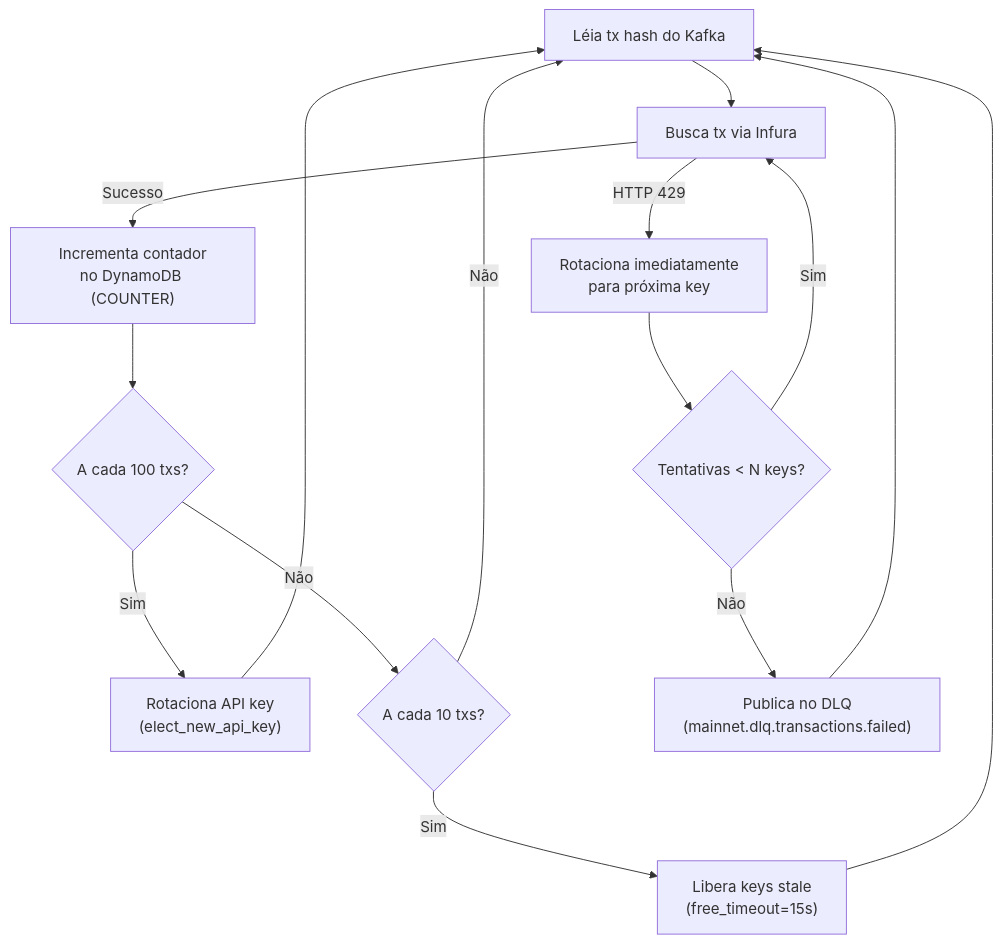
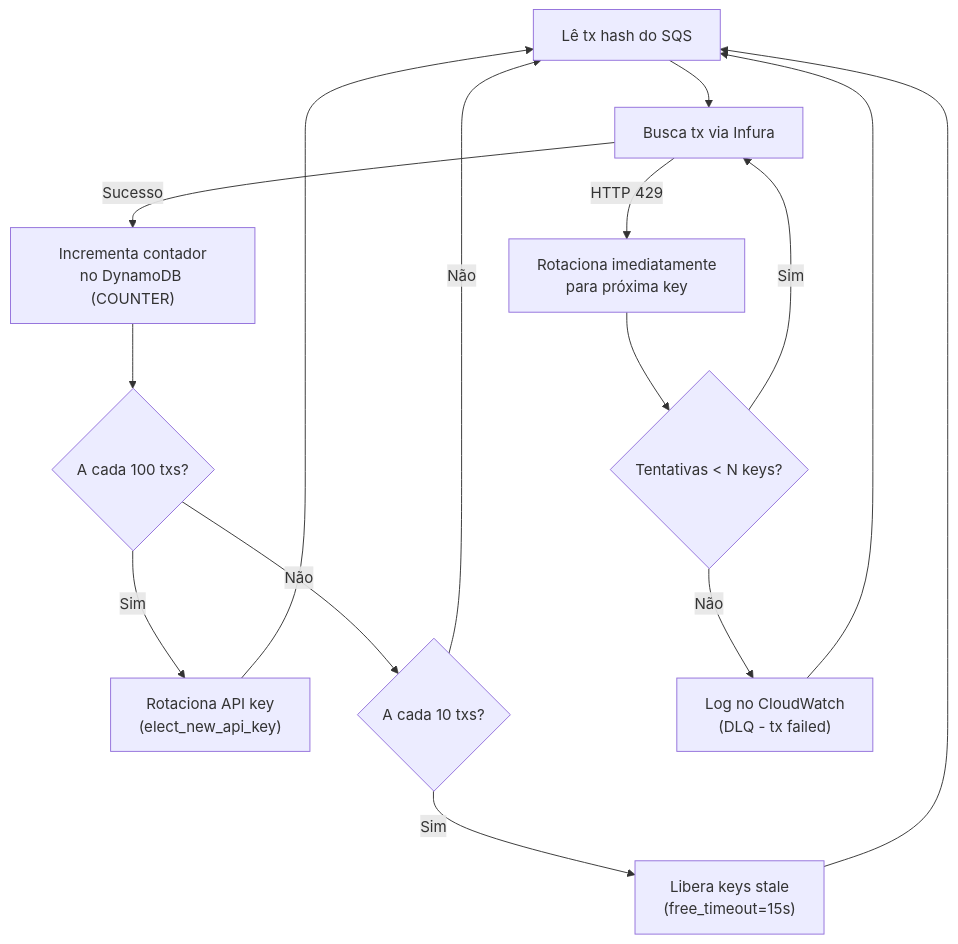
Before and after one commit to marcoaureliomenezes/dd_chain_explorer: the second of 3 diagrams in docs/02_data_capture.md, drawn with Mermaid. The commit also changed other lines of this file and 8 other files, not shown here.

````diff
--- a/docs/02_data_capture.md
+++ b/docs/02_data_capture.md
@@ -154,17 +162,17 @@
 ```mermaid
 flowchart TD
-    START["Léia tx hash do Kafka"] --> FETCH["Busca tx via Infura"]
+    START["Lê tx hash do SQS"] --> FETCH["Busca tx via Infura"]
     FETCH -->|Sucesso| COUNT["Incrementa contador<br/>no DynamoDB (COUNTER)"]
     COUNT --> CHECK100{"A cada 100 txs?"}
     CHECK100 -->|Sim| ROTATE["Rotaciona API key<br/>(elect_new_api_key)"]
     CHECK100 -->|Não| CHECK10{"A cada 10 txs?"}
     CHECK10 -->|Sim| FREE["Libera keys stale<br/>(free_timeout=15s)"]
     CHECK10 -->|Não| START
     ROTATE --> START
     FREE --> START
     FETCH -->|HTTP 429| ROTATE2["Rotaciona imediatamente<br/>para próxima key"]
     ROTATE2 --> RETRY{"Tentativas < N keys?"}
     RETRY -->|Sim| FETCH
-    RETRY -->|Não| DLQ["Publica no DLQ<br/>(mainnet.dlq.transactions.failed)"]
+    RETRY -->|Não| DLQ["Log no CloudWatch<br/>(DLQ - tx failed)"]
     DLQ --> START
 ```
````
